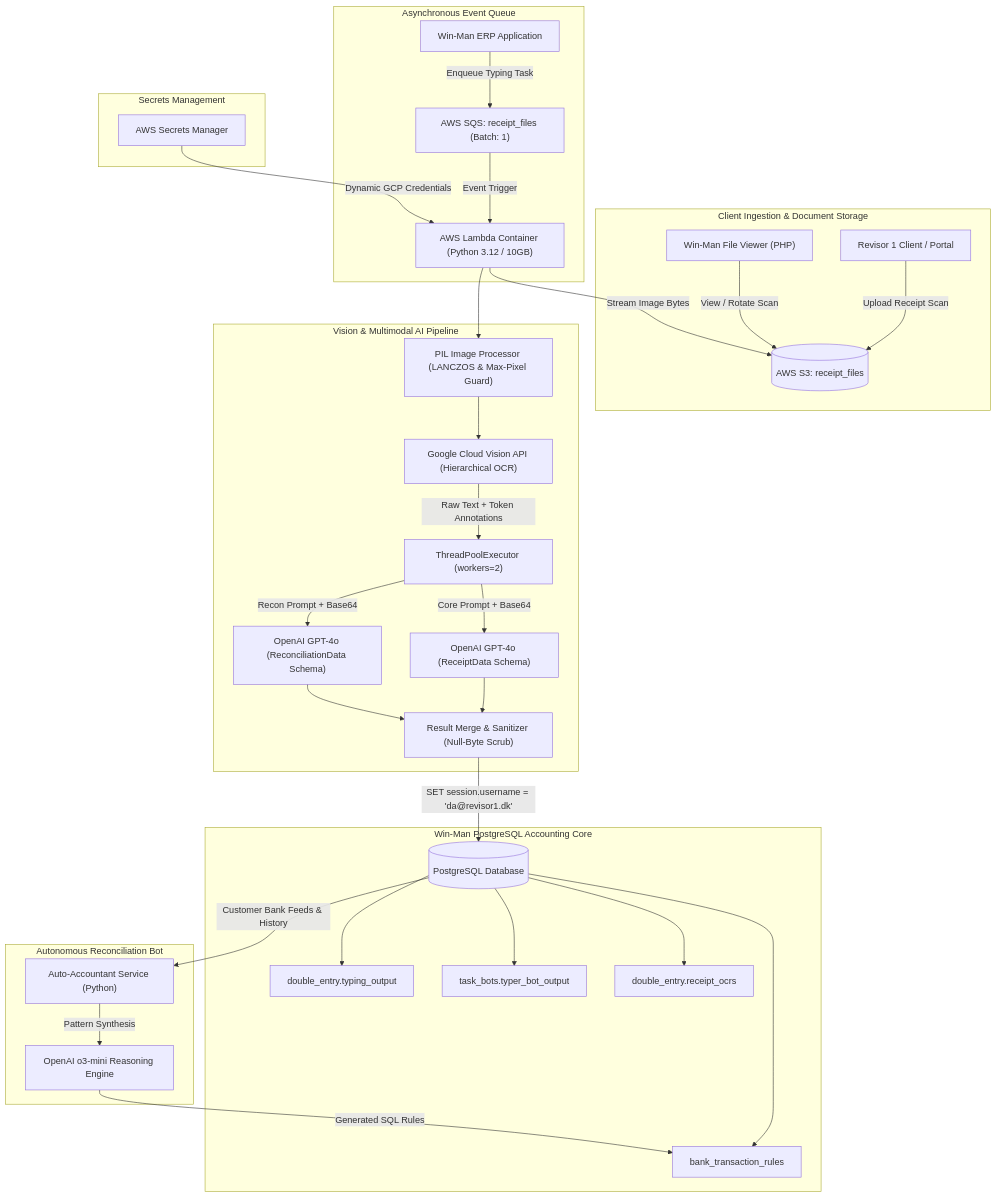
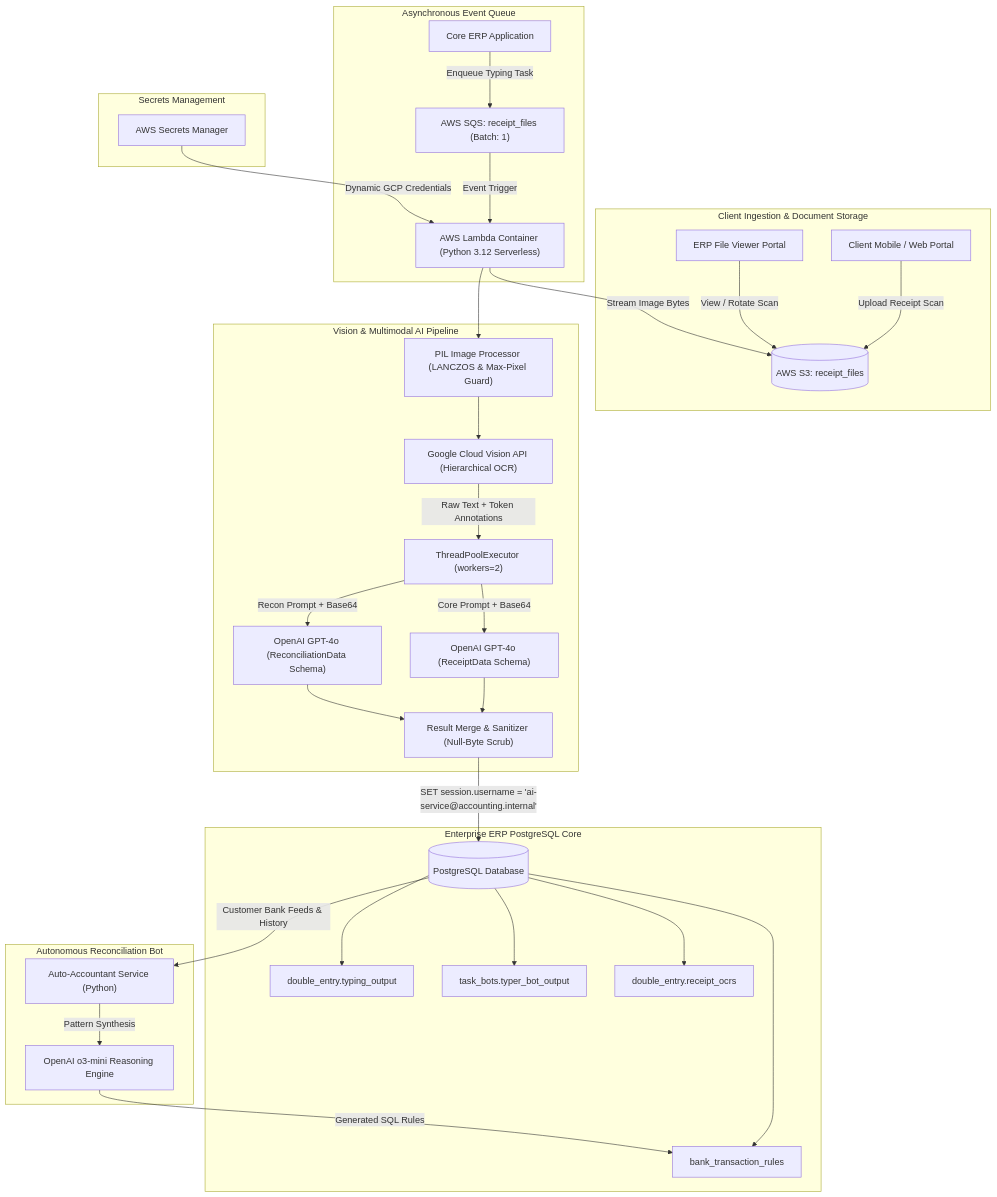
Before and after one commit to Nawaz393/receipt-ai-automation-architecture: the diagram in diagrams/system-context.mmd, drawn with Mermaid. The commit also changed 14 other files, not shown here.

Commit message:
refactor: generalize client/vendor names and remove specific lambda hardware specs

```diff
--- a/diagrams/system-context.mmd
+++ b/diagrams/system-context.mmd
@@ -1,39 +1,39 @@
 flowchart TB
     subgraph Ingestion["Client Ingestion & Document Storage"]
-        CLIENT["Revisor 1 Client / Portal"] -->|"Upload Receipt Scan"| S3[("AWS S3: receipt_files")]
-        VIEWER["Win-Man File Viewer (PHP)"] -->|"View / Rotate Scan"| S3
+        CLIENT["Client Mobile / Web Portal"] -->|"Upload Receipt Scan"| S3[("AWS S3: receipt_files")]
+        VIEWER["ERP File Viewer Portal"] -->|"View / Rotate Scan"| S3
     end
 
     subgraph Messaging["Asynchronous Event Queue"]
-        WINMAN_APP["Win-Man ERP Application"] -->|"Enqueue Typing Task"| SQS["AWS SQS: receipt_files (Batch: 1)"]
-        SQS -->|"Event Trigger"| LAMBDA["AWS Lambda Container (Python 3.12 / 10GB)"]
+        ERP_APP["Core ERP Application"] -->|"Enqueue Typing Task"| SQS["AWS SQS: receipt_files (Batch: 1)"]
+        SQS -->|"Event Trigger"| LAMBDA["AWS Lambda Container (Python 3.12 Serverless)"]
     end
 
     subgraph Security["Secrets Management"]
         SECRETS["AWS Secrets Manager"] -->|"Dynamic GCP Credentials"| LAMBDA
     end
 
     subgraph VisionAI["Vision & Multimodal AI Pipeline"]
         LAMBDA -->|"Stream Image Bytes"| S3
         LAMBDA --> PREPROC["PIL Image Processor (LANCZOS & Max-Pixel Guard)"]
         PREPROC --> GCP_VISION["Google Cloud Vision API (Hierarchical OCR)"]
         GCP_VISION -->|"Raw Text + Token Annotations"| THREADPOOL["ThreadPoolExecutor (workers=2)"]
         THREADPOOL -->|"Core Prompt + Base64"| GPT4O_CORE["OpenAI GPT-4o (ReceiptData Schema)"]
         THREADPOOL -->|"Recon Prompt + Base64"| GPT4O_RECON["OpenAI GPT-4o (ReconciliationData Schema)"]
         GPT4O_CORE --> MERGE["Result Merge & Sanitizer (Null-Byte Scrub)"]
         GPT4O_RECON --> MERGE
     end
 
-    subgraph LedgerDB["Win-Man PostgreSQL Accounting Core"]
-        MERGE -->|"SET session.username = 'da@revisor1.dk'"| PG_CORE[("PostgreSQL Database")]
+    subgraph LedgerDB["Enterprise ERP PostgreSQL Core"]
+        MERGE -->|"SET session.username = 'ai-service@accounting.internal'"| PG_CORE[("PostgreSQL Database")]
         PG_CORE --> TYPING_TBL["double_entry.typing_output"]
         PG_CORE --> BOT_LOG["task_bots.typer_bot_output"]
         PG_CORE --> OCR_CACHE["double_entry.receipt_ocrs"]
         PG_CORE --> RULES_TBL["bank_transaction_rules"]
     end
 
     subgraph AutoAccountant["Autonomous Reconciliation Bot"]
         PG_CORE -->|"Customer Bank Feeds & History"| RECON_BOT["Auto-Accountant Service (Python)"]
         RECON_BOT -->|"Pattern Synthesis"| O3_MINI["OpenAI o3-mini Reasoning Engine"]
         O3_MINI -->|"Generated SQL Rules"| RULES_TBL
     end
```
